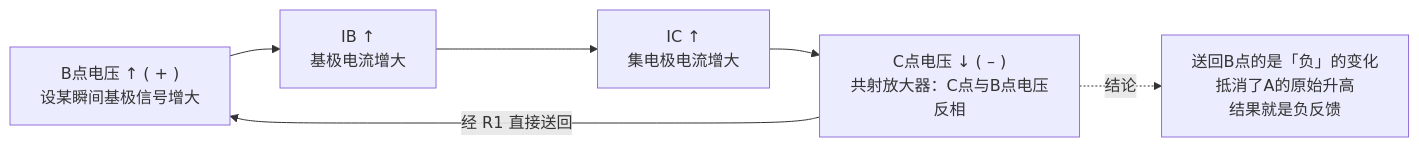
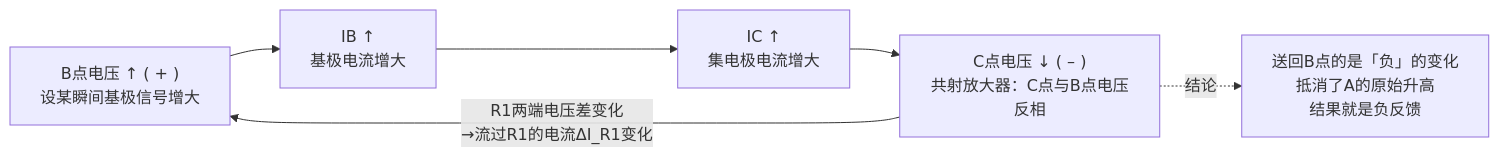
The first of 4 diagrams in linux/books/ee/负反馈电路详解笔记/4种典型负反馈放大器.md (zongruxie4/realwujing.github.io), drawn with Mermaid before and after one commit. The commit also changed other lines of this file, not shown here.

First line of the commit message:
docs: fix mermaid quote error and complete node tables in feedback notes

````diff
--- a/linux/books/ee/负反馈电路详解笔记/4种典型负反馈放大器.md
+++ b/linux/books/ee/负反馈电路详解笔记/4种典型负反馈放大器.md
@@ -80,8 +91,8 @@
 ```mermaid
 flowchart LR
     A["B点电压 ↑ ( + )<br/>设某瞬间基极信号增大"] --> B["IB ↑<br/>基极电流增大"]
     B --> C["IC ↑<br/>集电极电流增大"]
     C --> D["C点电压 ↓ ( – )<br/>共射放大器：C点与B点电压反相"]
-    D -->|经 R1 直接送回| A
+    D -->|"R1两端电压差变化<br/>→流过R1的电流ΔI_R1变化"| A
     D -.->|结论| E["送回B点的是「负」的变化<br/>抵消了A的原始升高<br/>结果就是负反馈"]
 ```
````
